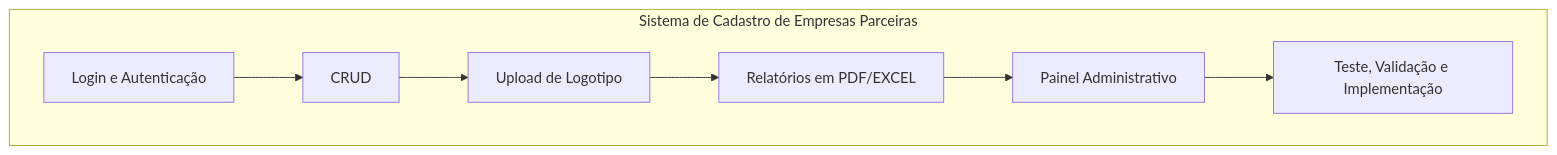
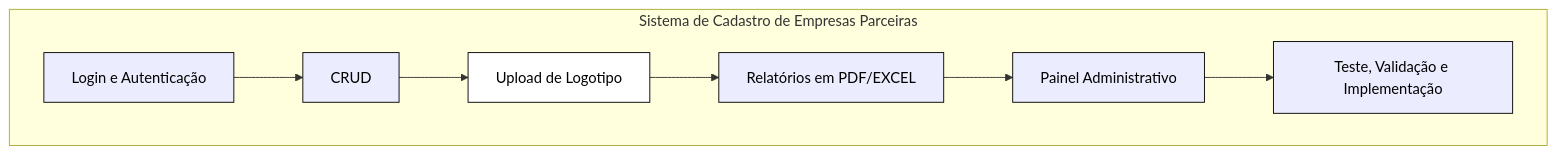
One commit to MaxPichy/teste_gannt3 changed the second of 2 diagrams in ATIVIDADE1.md. Above: the diagram before and after it, drawn with Mermaid.

````diff
--- a/ATIVIDADE1.md
+++ b/ATIVIDADE1.md
@@ -35,16 +35,16 @@
 ```mermaid
 graph TD
     subgraph Sistema de Cadastro de Empresas Parceiras
-        A1["Login e Autenticação"]:::varmelho-->
-        A2["CRUD"]:::varmelho-->
-        A3["Upload de Logotipo"]:::varmelho-->
-        A4["Relatórios em PDF/EXCEL"]:::varmelho-->
-        A5["Painel Administrativo"]:::varmelho-->
-        A6["Teste, Validação e Implementação"]:::varmelho
+        A1["Login e Autenticação"]:::vermelho-->
+        A2["CRUD"]:::laranja-->
+        A3["Upload de Logotipo"]:::branco-->
+        A4["Relatórios em PDF/EXCEL"]:::amarelo-->
+        A5["Painel Administrativo"]:::vermelho-->
+        A6["Teste, Validação e Implementação"]:::vermelho
     end
   
     classDef branco color:#000, fill:#FFF, stroke:#000, stroke-width:1px;
     classDef amarelo color:#000, fill:##F4DC0B, stroke:#000, stroke-width:1px;
     classDef laranja color:#000, fill:##F4780B, stroke:#000, stroke-width:1px;
     classDef vermelho color:#000, fill:##C82909, stroke:#000, stroke-width:1px;
 ```
````
